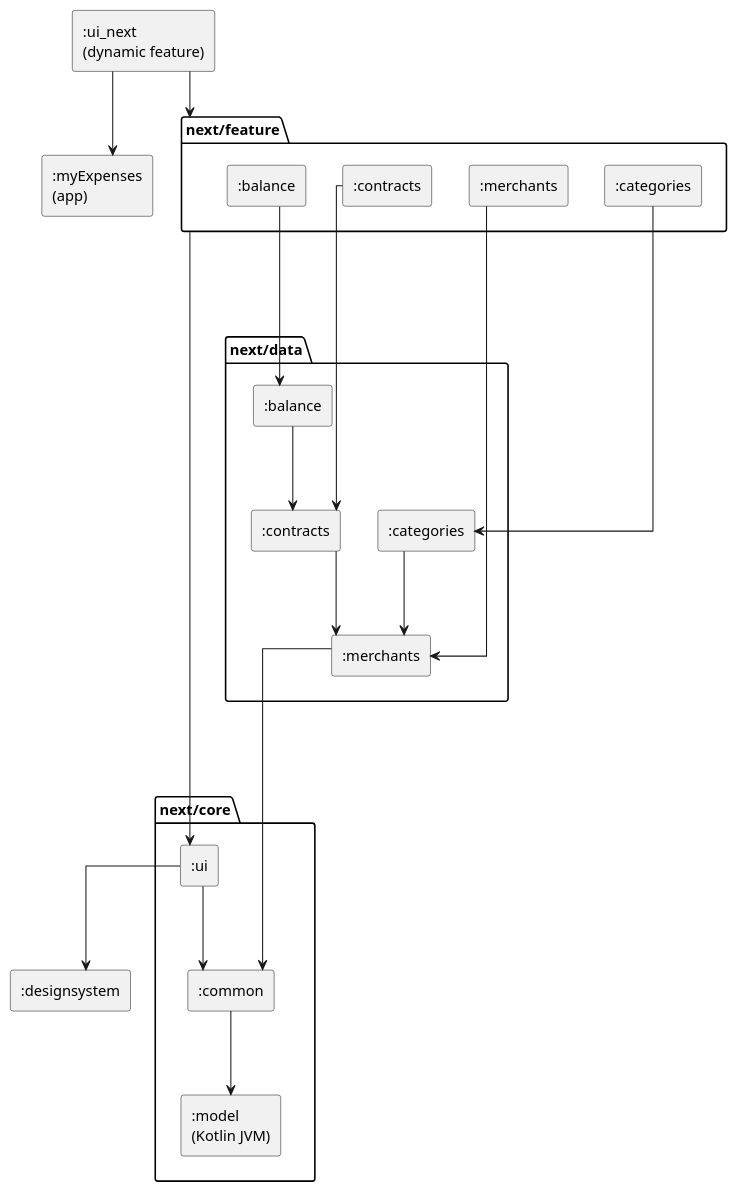
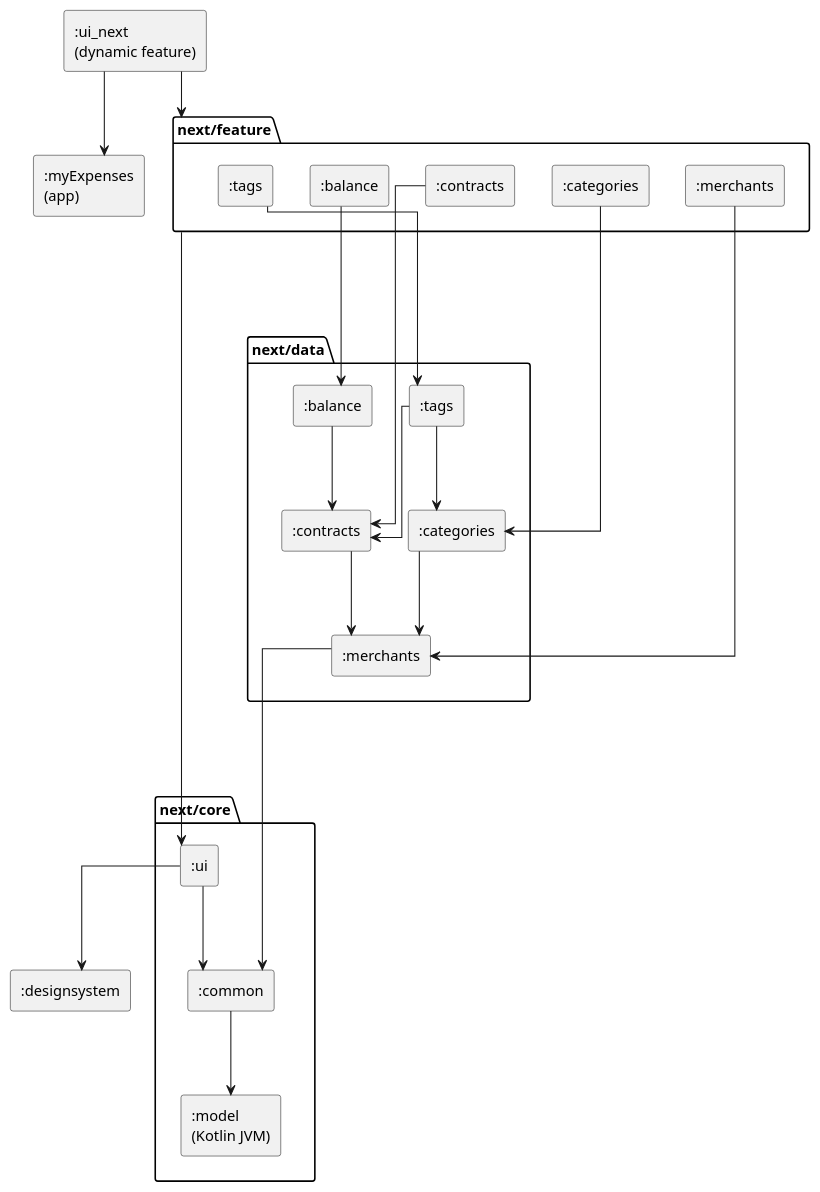
The diagram in ui_next/modules.puml (castn/MyExpenses), drawn with PlantUML before and after one commit. The commit also changed 8 other files, not shown here.

```diff
--- a/ui_next/modules.puml
+++ b/ui_next/modules.puml
@@ -1,53 +1,58 @@
 @startuml modules
 ' Generated by the task moduleGraph of build-logic (ModuleGraphPlugin), do not edit.
 ' Dependencies between the modules of the new UI, rule `mod-diagram` of ARCHITECTURE.md.
 ' An edge that follows from a longer path is left out.
 ' An edge from or to a package stands for an edge from or to every module in it.
 skinparam componentStyle rectangle
 skinparam linetype ortho
 skinparam ranksep 80
 top to bottom direction
 
 [:designsystem] as mDesignsystem
 [:myExpenses\n(app)] as mMyExpenses
 [:ui_next\n(dynamic feature)] as mUiNext
 
 package "next/core" as pNextCore {
     [:common] as mNextCoreCommon
     [:model\n(Kotlin JVM)] as mNextCoreModel
     [:ui] as mNextCoreUi
 }
 
 package "next/data" as pNextData {
     [:balance] as mNextDataBalance
     [:categories] as mNextDataCategories
     [:contracts] as mNextDataContracts
     [:merchants] as mNextDataMerchants
+    [:tags] as mNextDataTags
 }
 
 package "next/feature" as pNextFeature {
     [:balance] as mNextFeatureBalance
     [:categories] as mNextFeatureCategories
     [:contracts] as mNextFeatureContracts
     [:merchants] as mNextFeatureMerchants
+    [:tags] as mNextFeatureTags
 }
 
 ' Layout only
 mNextDataMerchants -[hidden]--> pNextCore
-mNextFeatureMerchants -[hidden]--> pNextData
+mNextFeatureTags -[hidden]--> pNextData
 
 mUiNext --> pNextFeature
 pNextFeature --> mNextCoreUi
 mNextCoreCommon --> mNextCoreModel
 mNextCoreUi --> mDesignsystem
 mNextCoreUi --> mNextCoreCommon
 mNextDataBalance --> mNextDataContracts
 mNextDataCategories --> mNextDataMerchants
 mNextDataContracts --> mNextDataMerchants
 mNextDataMerchants --> mNextCoreCommon
+mNextDataTags --> mNextDataCategories
+mNextDataTags --> mNextDataContracts
 mNextFeatureBalance --> mNextDataBalance
 mNextFeatureCategories --> mNextDataCategories
 mNextFeatureContracts --> mNextDataContracts
 mNextFeatureMerchants --> mNextDataMerchants
+mNextFeatureTags --> mNextDataTags
 mUiNext --> mMyExpenses
 @enduml
```
